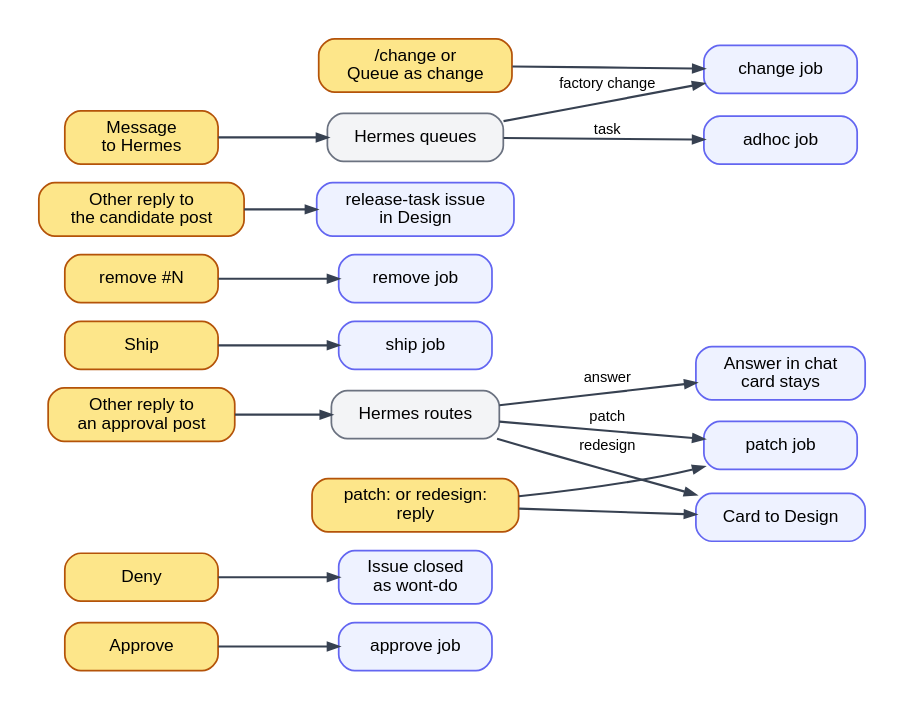
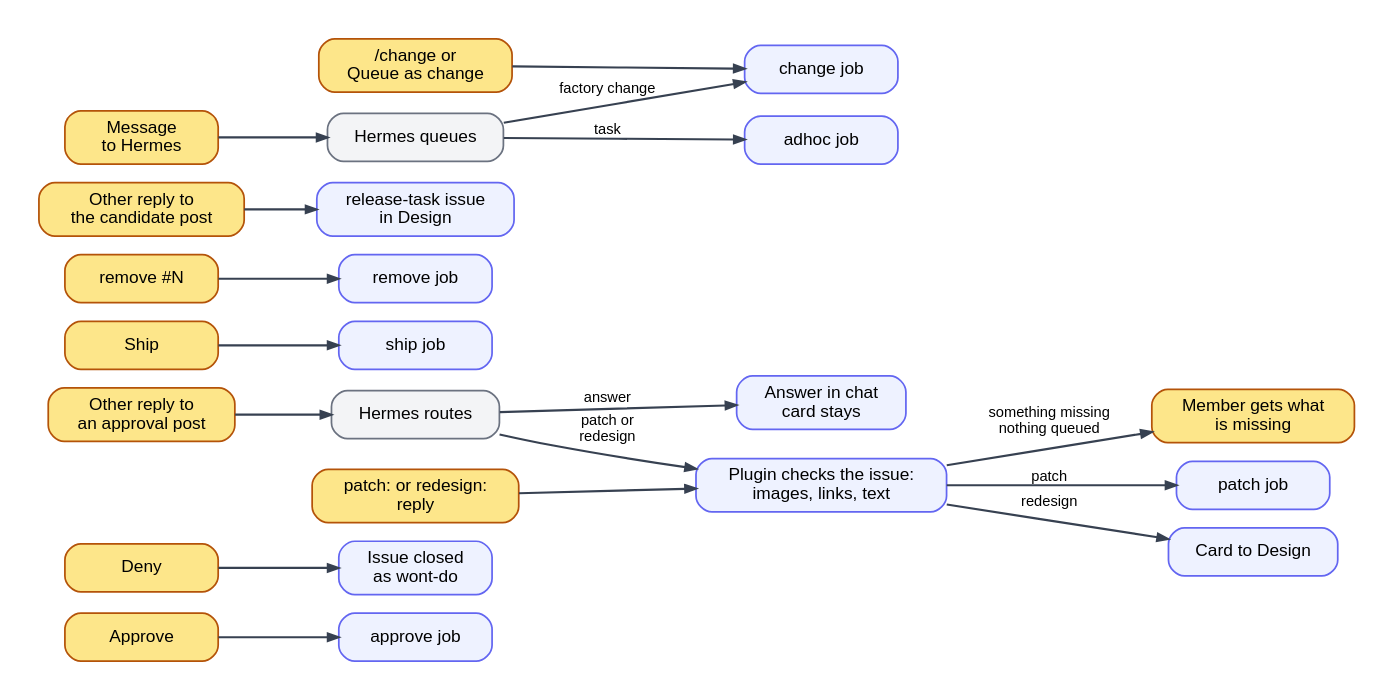
One commit to btseytlin/road-machiners changed the diagram in factory/docs/diagrams/committee.dot. Above: the diagram before and after it, drawn with Graphviz. The commit also changed 10 other files, not shown here.

First line of the commit message:
Check issue readiness before routing a patch or redesign

```diff
--- a/factory/docs/diagrams/committee.dot
+++ b/factory/docs/diagrams/committee.dot
@@ -1,20 +1,23 @@
 // Committee inputs: what each Telegram action queues, and the job that runs it. Yellow: people. Grey: Hermes decides.
 digraph committee {
   rankdir=LR; nodesep=0.2; ranksep=0.7; bgcolor=white; pad=0.3;
   node [shape=box, style="rounded,filled", fillcolor="#eef2ff", color="#6366f1", fontname="Helvetica", fontsize=13, margin="0.2,0.08", penwidth=1.3, width=1.6];
   edge [color="#374151", penwidth=1.6, arrowsize=0.8, fontname="Helvetica", fontsize=11];
   node [fillcolor="#fde68a", color="#b45309"];
   approve [label="Approve"]; deny [label="Deny"]; reply [label="Other reply to\nan approval post"]; forced [label="patch: or redesign:\nreply"];
   ship [label="Ship"]; remove [label="remove #N"]; rtask [label="Other reply to\nthe candidate post"]; change [label="/change or\nQueue as change"]; ask [label="Message\nto Hermes"];
+  member [label="Member gets what\nis missing"];
   node [fillcolor="#f3f4f6", color="#6b7280"];
   hermes [label="Hermes routes"]; hermes2 [label="Hermes queues"];
+  node [fillcolor="#eef2ff", color="#6366f1"];
+  ready [label="Plugin checks the issue:\nimages, links, text"];
   node [fillcolor="#eef2ff", color="#6366f1"];
   approveJob [label="approve job"]; closed [label="Issue closed\nas wont-do"]; answer [label="Answer in chat\ncard stays"];
   patchJob [label="patch job"]; design [label="Card to Design"]; shipJob [label="ship job"]; removeJob [label="remove job"];
   newTask [label="release-task issue\nin Design"]; changeJob [label="change job"]; adhocJob [label="adhoc job"];
   approve -> approveJob; deny -> closed;
-  reply -> hermes; hermes -> answer [label="answer"]; hermes -> patchJob [label="patch"]; hermes -> design [label="redesign"];
-  forced -> patchJob; forced -> design;
+  reply -> hermes; hermes -> answer [label="answer"]; hermes -> ready [label="patch or\nredesign"];
+  forced -> ready; ready -> patchJob [label="patch"]; ready -> design [label="redesign"]; ready -> member [label="something missing\nnothing queued"];
   ship -> shipJob; remove -> removeJob; rtask -> newTask;
   change -> changeJob; ask -> hermes2; hermes2 -> adhocJob [label="task"]; hermes2 -> changeJob [label="factory change"];
 }
```
